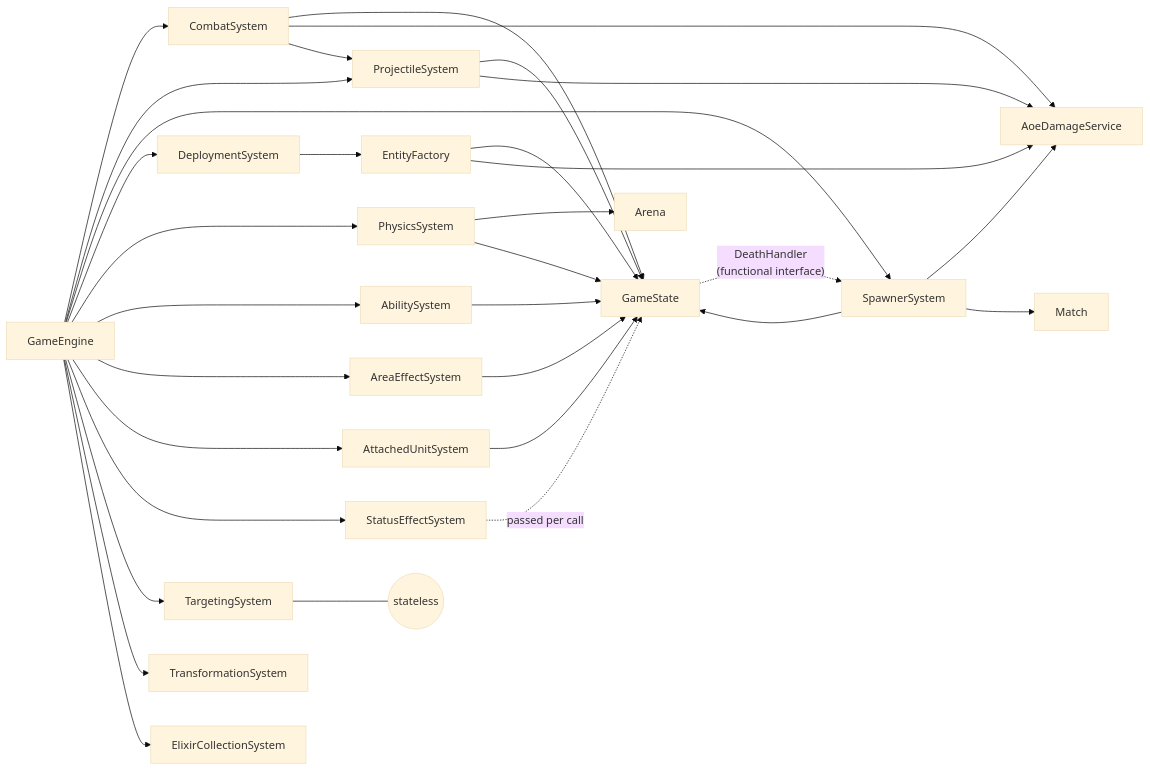
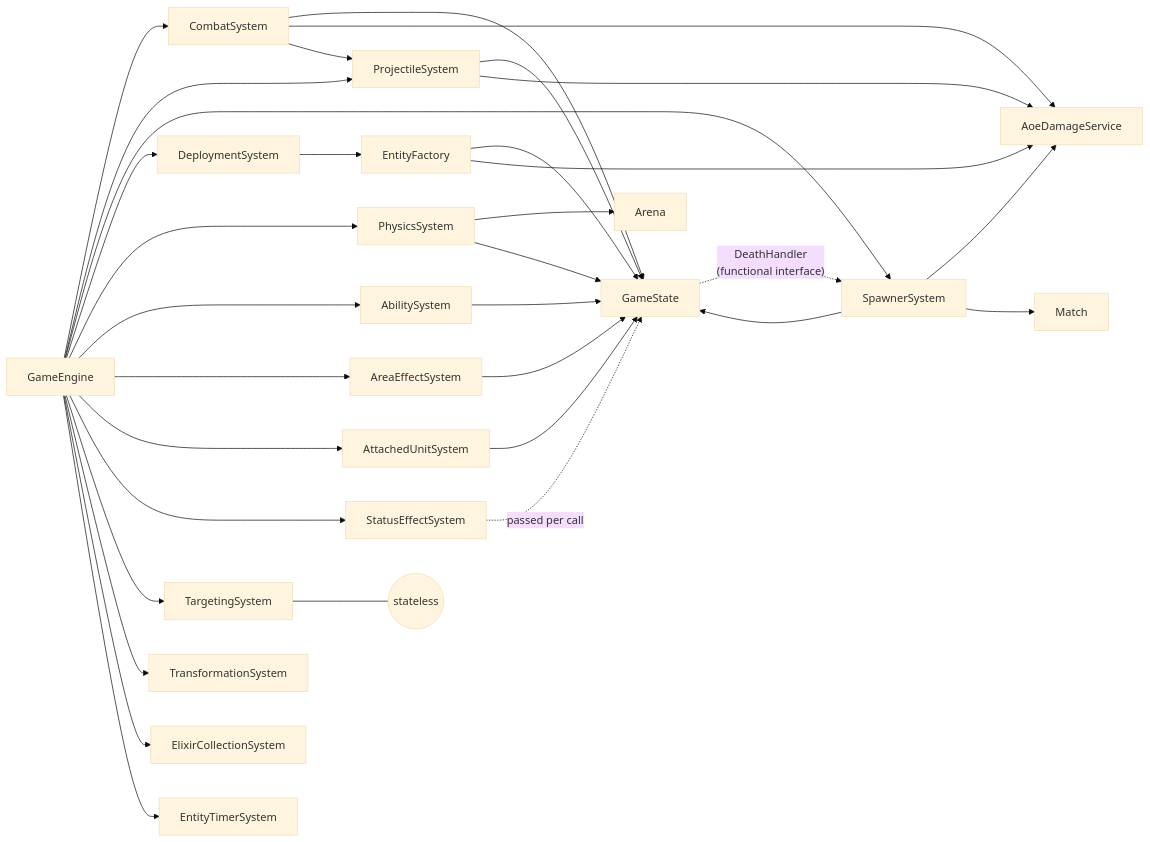
One commit to voonhous/crforge changed the diagram in docs/architecture.md. Above: the diagram before and after it, drawn with Mermaid (base theme). The commit also changed other lines of this file and 49 other files, not shown here.

First line of the commit message:
refactor: fix CES architecture violations by moving entity update logic into systems

````diff
--- a/docs/architecture.md
+++ b/docs/architecture.md
@@ -17,42 +17,43 @@
 ```mermaid
 graph LR
     GE[GameEngine] --> CS[CombatSystem]
     GE --> PS[ProjectileSystem]
     GE --> SS[SpawnerSystem]
     GE --> DS[DeploymentSystem]
     GE --> PH[PhysicsSystem]
     GE --> AB[AbilitySystem]
     GE --> AE[AreaEffectSystem]
     GE --> AU[AttachedUnitSystem]
     GE --> SE[StatusEffectSystem]
     GE --> TS[TargetingSystem]
     GE --> TR[TransformationSystem]
     GE --> EC[ElixirCollectionSystem]
+    GE --> ET[EntityTimerSystem]
 
     CS --> GS[GameState]
     CS --> AOE[AoeDamageService]
     CS --> PS
 
     PS --> GS
     PS --> AOE
 
     SS --> GS
     SS --> AOE
     SS --> MA[Match]
 
     DS --> EF[EntityFactory]
     EF --> GS
     EF --> AOE
 
     PH --> AR[Arena]
     PH --> GS
 
     AB --> GS
     AE --> GS
     AU --> GS
     SE -.-> |"passed per call"| GS
 
     GS -.-> |"DeathHandler\n(functional interface)"| SS
 
     TS --- ST((stateless))
 ```
````
